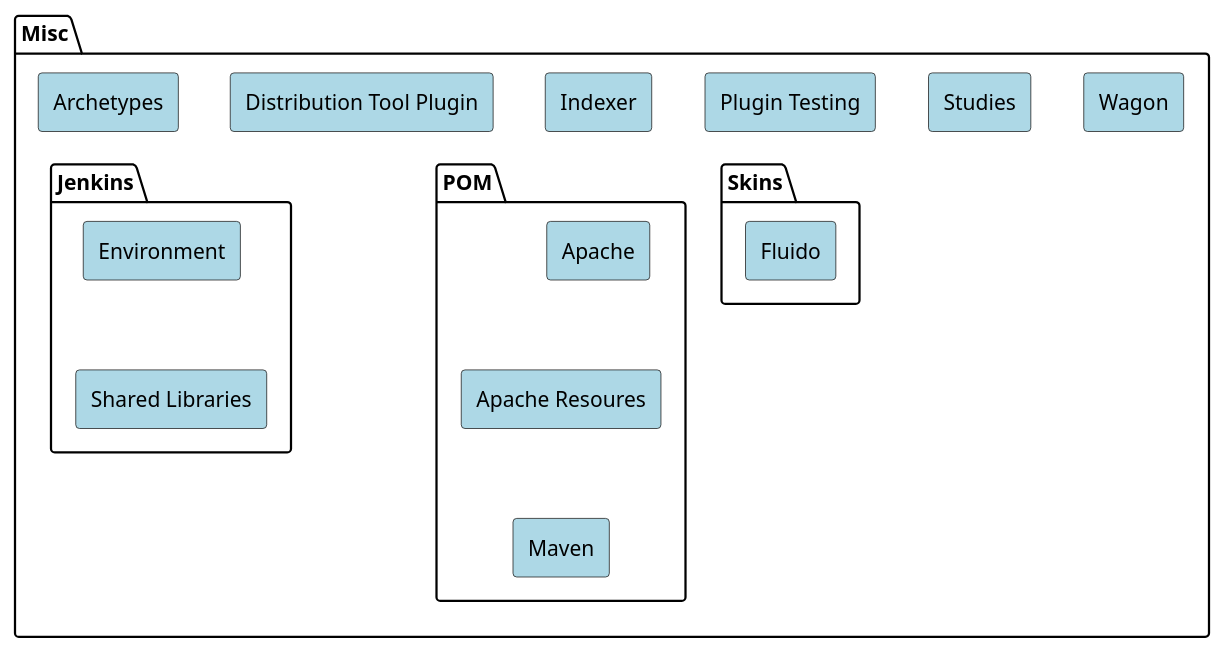
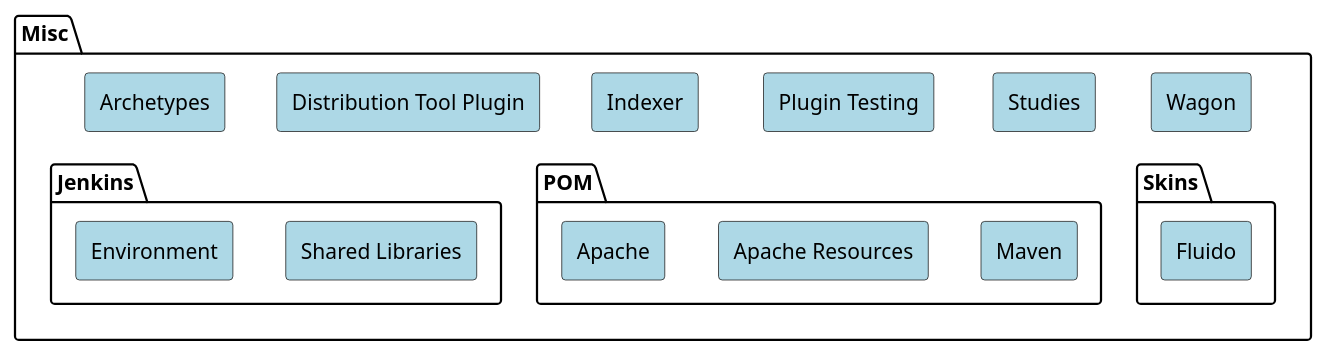
The diagram in src/plantuml/maven-sources/misc.puml (apache/maven-site), drawn with PlantUML before and after one commit. The commit also changed 3 other files, not shown here.

Commit message:
shorten plantuml schema

```diff
--- a/src/plantuml/maven-sources/misc.puml
+++ b/src/plantuml/maven-sources/misc.puml
@@ -19,66 +19,66 @@
 @startuml
 
 <style>
     rectangle {
         BackgroundColor LightBlue
     }
 }
 </style>
 
 package Misc {
   rectangle Archetypes
   rectangle "Distribution Tool Plugin"
   rectangle Indexer
   package Jenkins {
     rectangle Environment
     rectangle "Shared Libraries"
   }
   rectangle "Plugin Testing"
   package POM {
     rectangle "Apache"
-    rectangle "Apache Resoures"
+    rectangle "Apache Resources"
     rectangle "Maven"
   }
   package Skins {
     rectangle Fluido
   }
   rectangle Studies
   rectangle Wagon
 }
 
 'hidden dependencies to change layout
 Archetypes -[hidden]> "Distribution Tool Plugin"
 "Distribution Tool Plugin" -[hidden]> Indexer
 Indexer -[hidden]> "Plugin Testing"
 "Plugin Testing" -[hidden]> Studies
 Studies -[hidden]> Wagon
 
-Environment -[hidden]down-> "Shared Libraries"
+Environment -[hidden]> "Shared Libraries"
 
-"Apache" -[hidden]down-> "Apache Resoures"
-"Apache Resoures" -[hidden]down-> "Maven"
+"Apache" -[hidden]> "Apache Resources"
+"Apache Resources" -[hidden]> "Maven"
 "Apache" -[hidden]> Fluido
 
 Archetypes -[hidden]down-> Environment
 Indexer -[hidden]down-> "Apache"
-"Plugin Testing" -[hidden]down-> Fluido
+Wagon -[hidden]down-> Fluido
 
 url of "Archetypes" is [[https://github.com/apache/maven-archetype]]
 url of "Distribution Tool Plugin" is [[https://github.com/apache/maven-dist-tool]]
 url of Indexer is [[https://github.com/apache/maven-indexer]]
 
 url of Environment is [[https://github.com/apache/maven-jenkins-env]]
 url of "Shared Libraries" is [[https://github.com/apache/maven-jenkins-lib]]
 
 url of "Plugin Testing" is [[https://github.com/apache/maven-plugin-testing]]
 
 url of "Apache" is [[https://github.com/apache/maven-apache-parent]]
-url of "Apache Resoures" is [[https://github.com/apache/maven-apache-resources]]
+url of "Apache Resources" is [[https://github.com/apache/maven-apache-resources]]
 url of "Maven" is [[https://github.com/apache/maven-parent]]
 
 url of Fluido is [[https://github.com/apache/maven-fluido-skin]]
 
 url of Studies is [[https://github.com/apache/maven-studies]]
 url of Wagon is [[https://github.com/apache/maven-wagon]]
 
 @enduml
```
